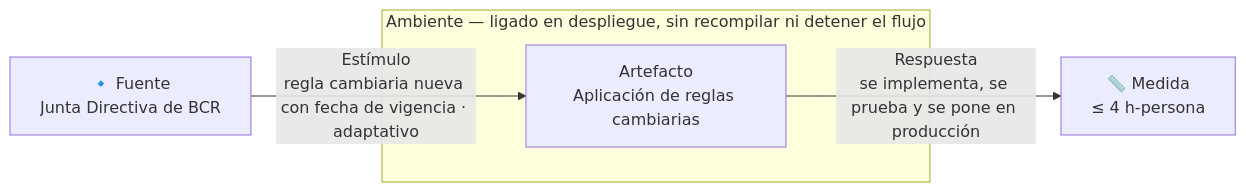
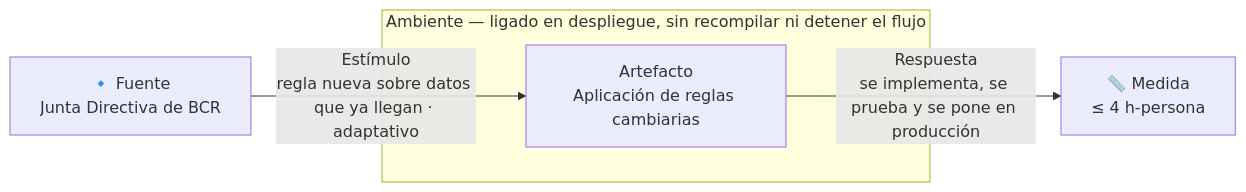
The fourth of 17 diagrams in docs/quality-attributes.md (MATI-MBIT/arqsoft-reto-4), drawn with Mermaid before and after one commit. The commit also changed other lines of this file and 5 other files, not shown here.

````diff
--- a/docs/quality-attributes.md
+++ b/docs/quality-attributes.md
@@ -235,9 +219,9 @@
 ```mermaid
 flowchart LR
     F["🔹 Fuente<br/>Junta Directiva de BCR"]
-    F -- "Estímulo<br/>regla cambiaria nueva con fecha de vigencia · adaptativo" --> A
+    F -- "Estímulo<br/>regla nueva sobre datos que ya llegan · adaptativo" --> A
     subgraph AMB["Ambiente — ligado en despliegue, sin recompilar ni detener el flujo"]
         A["Artefacto<br/>Aplicación de reglas cambiarias"]
     end
     A -- "Respuesta<br/>se implementa, se prueba y se pone en producción" --> M["📏 Medida<br/>≤ 4 h-persona"]
 ```
````
